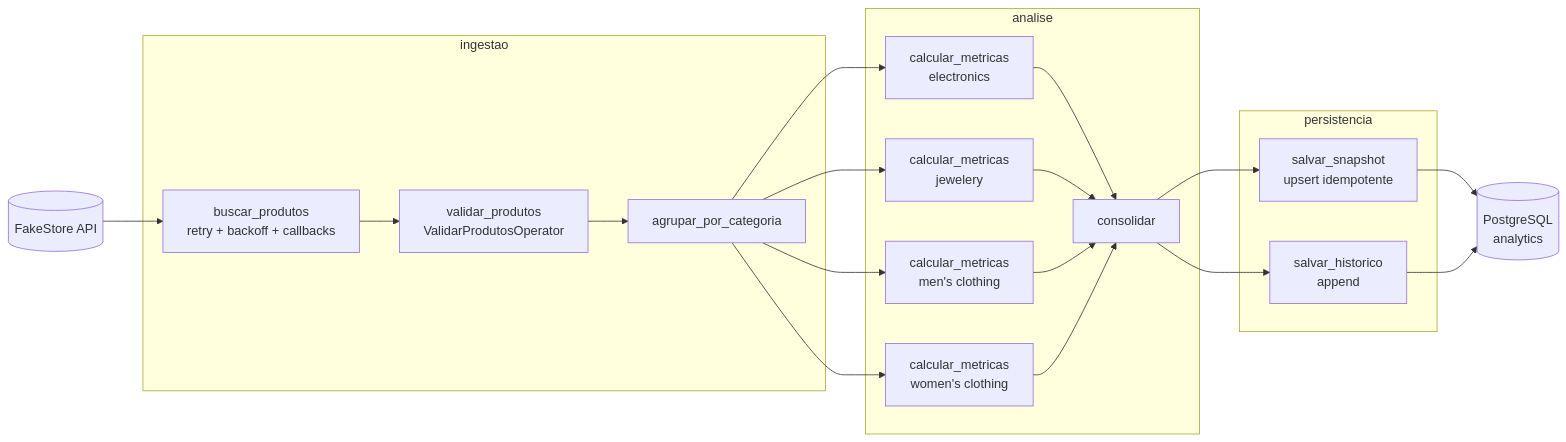
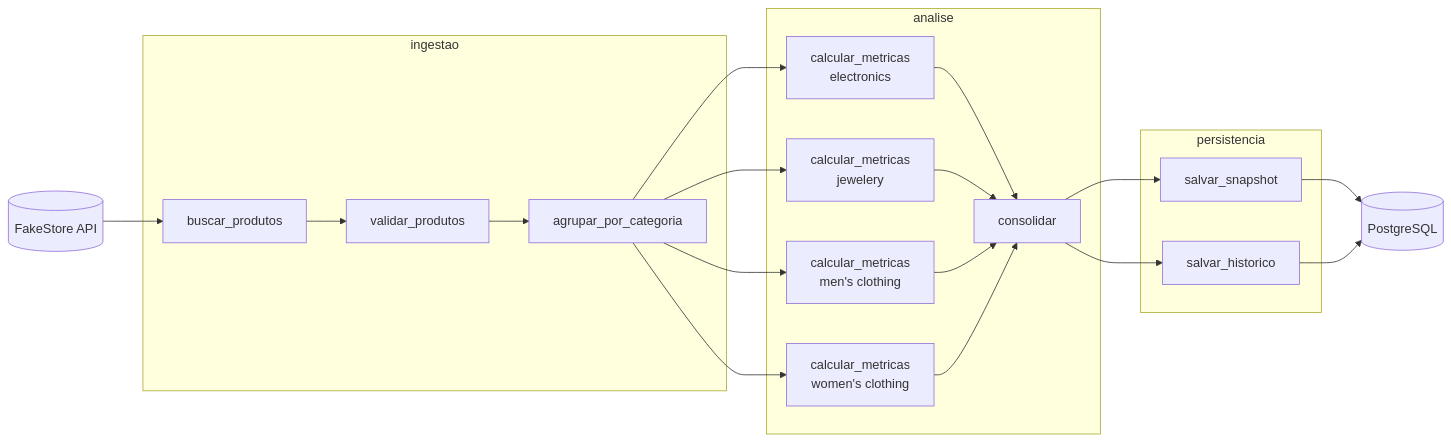
Before and after one commit to gabrielf54/shopbrasil-airflow: the diagram in README.md, drawn with Mermaid. The commit also changed other lines of this file and 6 other files, not shown here.

````diff
--- a/README.md
+++ b/README.md
@@ -18,24 +13,24 @@
 ```mermaid
 flowchart LR
     API[(FakeStore API)] --> B
 
     subgraph ingestao
-        B[buscar_produtos<br/>retry + backoff + callbacks] --> V[validar_produtos<br/>ValidarProdutosOperator] --> A[agrupar_por_categoria]
+        B[buscar_produtos] --> V[validar_produtos] --> A[agrupar_por_categoria]
     end
 
     subgraph analise
         A --> M1[calcular_metricas<br/>electronics]
         A --> M2[calcular_metricas<br/>jewelery]
         A --> M3[calcular_metricas<br/>men's clothing]
         A --> M4[calcular_metricas<br/>women's clothing]
         M1 & M2 & M3 & M4 --> C[consolidar]
     end
 
     subgraph persistencia
-        C --> S[salvar_snapshot<br/>upsert idempotente]
-        C --> H[salvar_historico<br/>append]
+        C --> S[salvar_snapshot]
+        C --> H[salvar_historico]
     end
 
-    S --> PG[(PostgreSQL<br/>analytics)]
+    S --> PG[(PostgreSQL)]
     H --> PG
 ```
````
